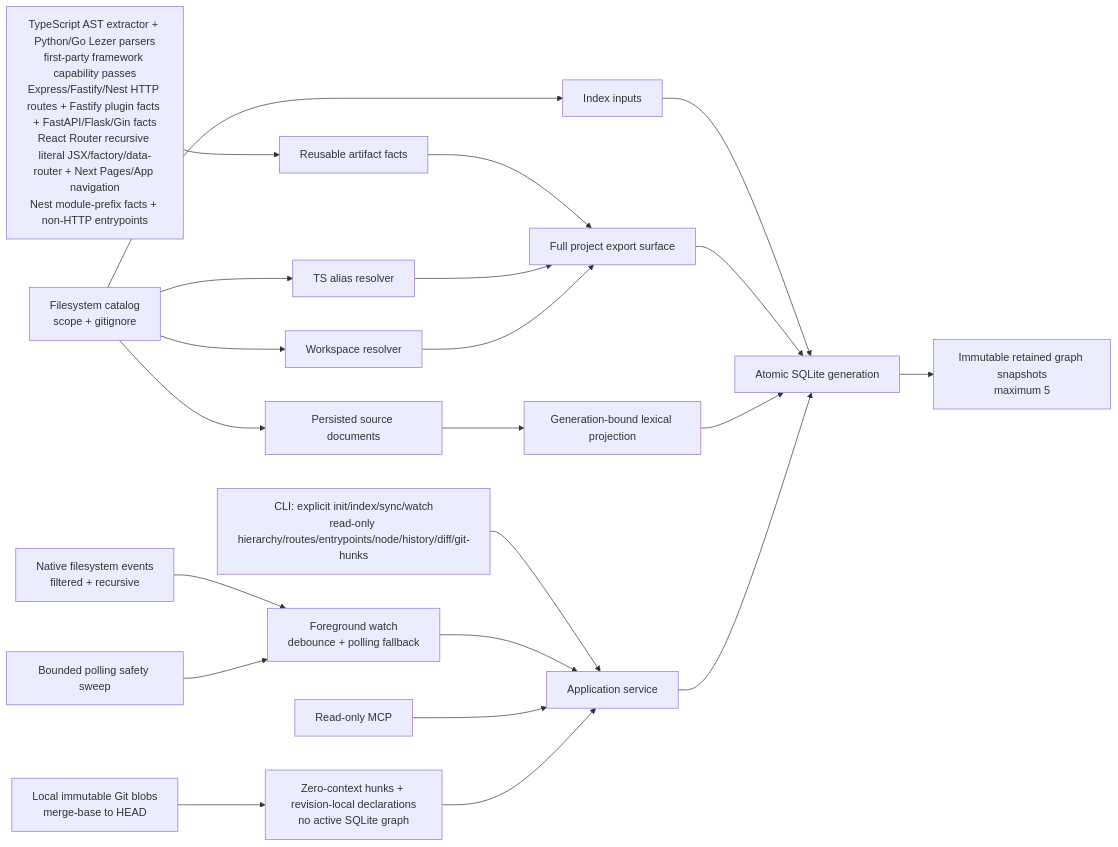
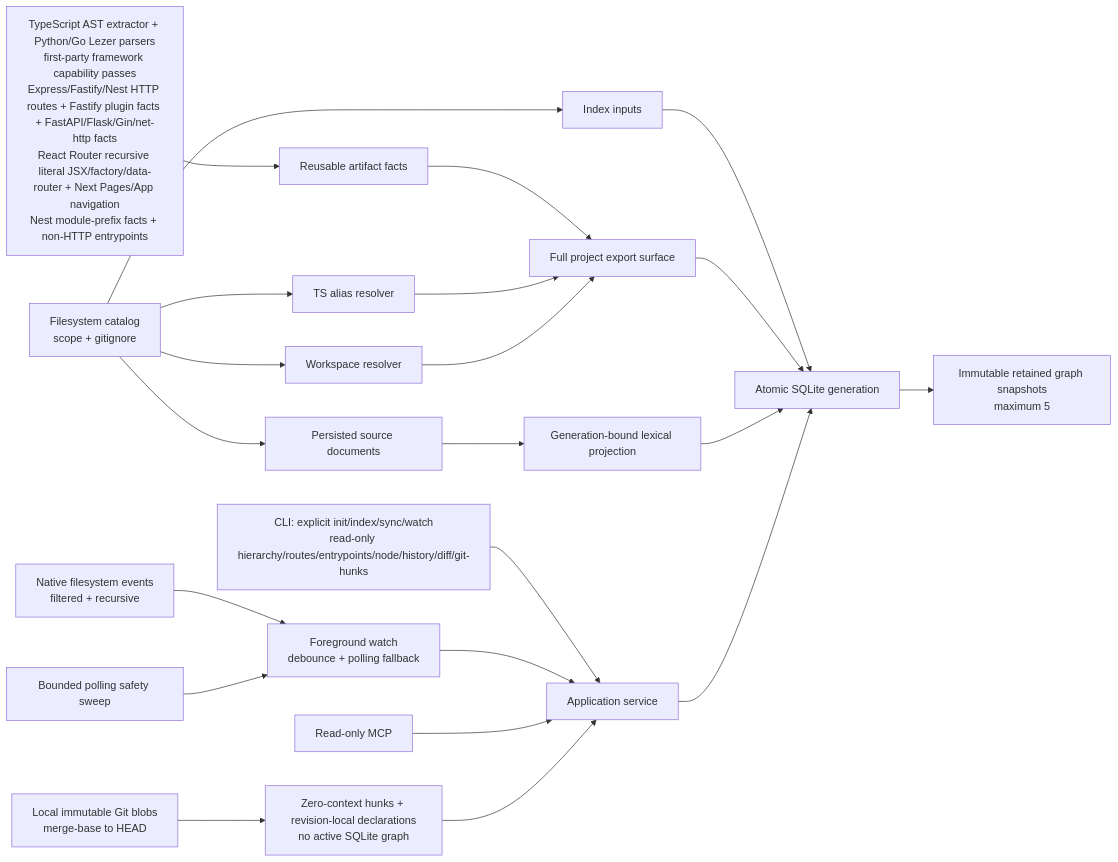
The diagram in README.md (HsinPu/SymbolLattice), drawn with Mermaid before and after one commit. The commit also changed other lines of this file and 11 other files, not shown here.

````diff
--- a/README.md
+++ b/README.md
@@ -1027,23 +1054,23 @@
 ```mermaid
 flowchart LR
   CLI["CLI: explicit init/index/sync/watch\nread-only hierarchy/routes/entrypoints/node/history/diff/git-hunks"] --> App["Application service"]
   Native["Native filesystem events\nfiltered + recursive"] --> Watch["Foreground watch\ndebounce + polling fallback"]
   Timer["Bounded polling safety sweep"] --> Watch
   Watch --> App
   MCP["Read-only MCP"] --> App
   Git["Local immutable Git blobs\nmerge-base to HEAD"] --> GitHunks["Zero-context hunks + revision-local declarations\nno active SQLite graph"] --> App
   Catalog["Filesystem catalog\nscope + gitignore"] --> Inputs["Index inputs"]
   Catalog --> TS["TS alias resolver"]
   Catalog --> WS["Workspace resolver"]
-  Extractor["TypeScript AST extractor + Python/Go Lezer parsers\nfirst-party framework capability passes\nExpress/Fastify/Nest HTTP routes + Fastify plugin facts + FastAPI/Flask/Gin facts\nReact Router recursive literal JSX/factory/data-router + Next Pages/App navigation\nNest module-prefix facts + non-HTTP entrypoints"] --> Facts["Reusable artifact facts"]
+  Extractor["TypeScript AST extractor + Python/Go Lezer parsers\nfirst-party framework capability passes\nExpress/Fastify/Nest HTTP routes + Fastify plugin facts + FastAPI/Flask/Gin/net-http facts\nReact Router recursive literal JSX/factory/data-router + Next Pages/App navigation\nNest module-prefix facts + non-HTTP entrypoints"] --> Facts["Reusable artifact facts"]
   Catalog --> SourceDocs["Persisted source documents"]
   SourceDocs --> Retrieval["Generation-bound lexical projection"]
   Facts --> Resolver["Full project export surface"]
   TS --> Resolver
   WS --> Resolver
   Inputs --> SQLite["Atomic SQLite generation"]
   Resolver --> SQLite
   Retrieval --> SQLite
   SQLite --> Retained["Immutable retained graph snapshots\nmaximum 5"]
   App --> SQLite
 ```
````
